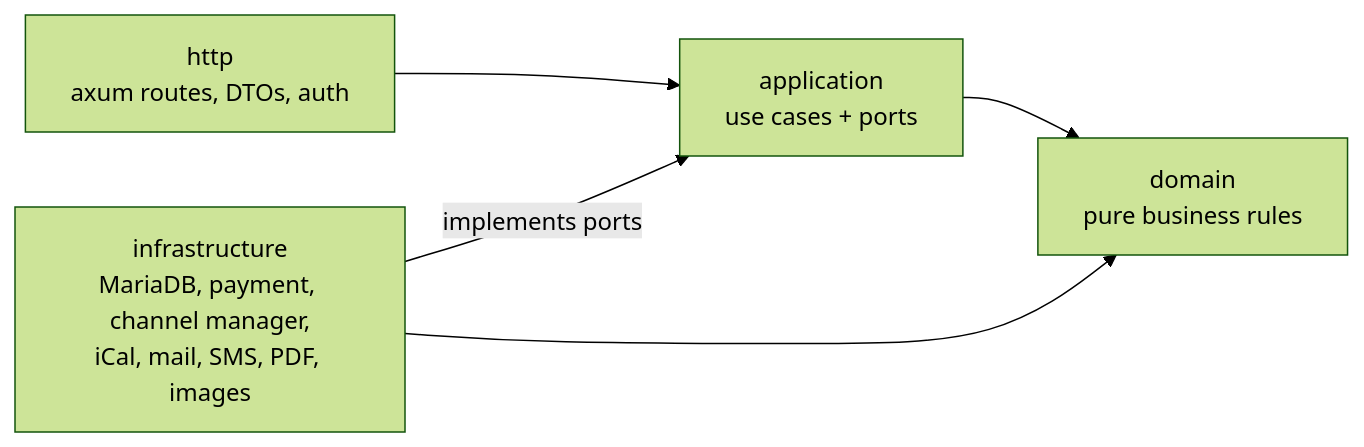
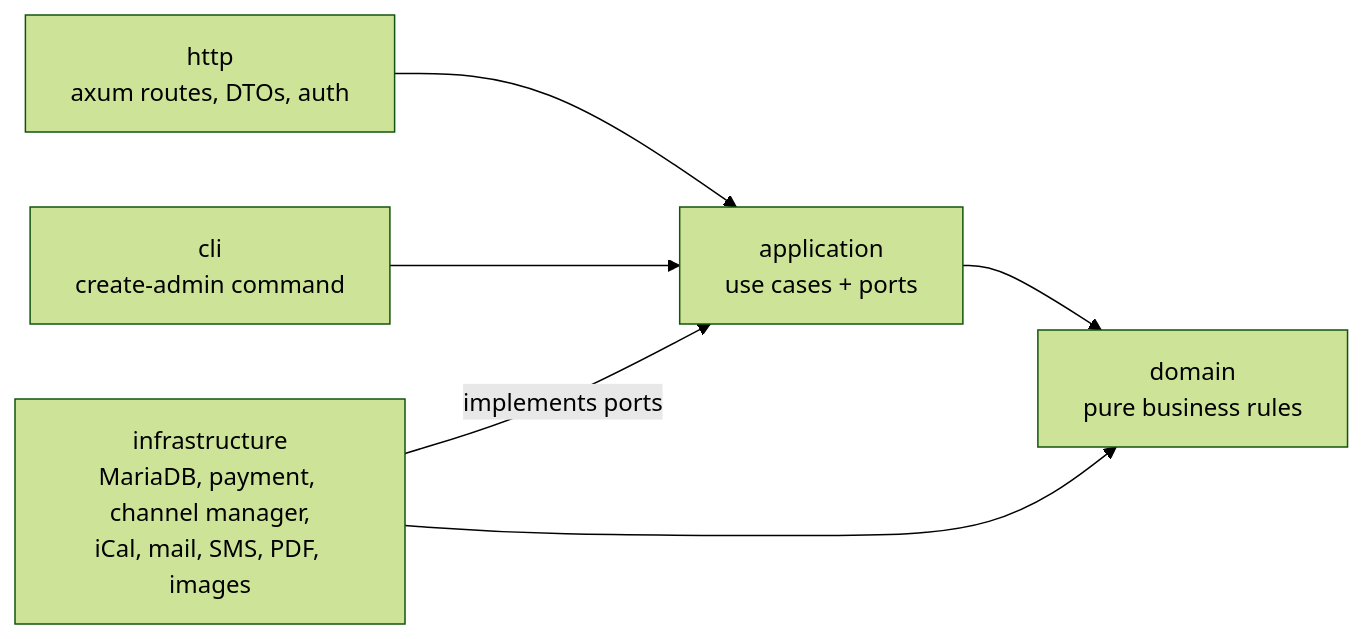
The third of 3 diagrams in docs/architecture/README.md (Giovanni19999/la-petite-grange-gite), drawn with Mermaid (forest theme) before and after one commit. The commit also changed other lines of this file and 11 other files, not shown here.

First line of the commit message:
feat(back): create-admin command as a separate use case and CLI adapter

````diff
--- a/docs/architecture/README.md
+++ b/docs/architecture/README.md
@@ -64,7 +64,8 @@
 ```mermaid
 flowchart LR
     http[http<br/>axum routes, DTOs, auth] --> app[application<br/>use cases + ports]
+    cli[cli<br/>create-admin command] --> app
     app --> domain[domain<br/>pure business rules]
     infra[infrastructure<br/>MariaDB, payment, channel manager,<br/>iCal, mail, SMS, PDF, images] -->|implements ports| app
     infra --> domain
 ```
````
